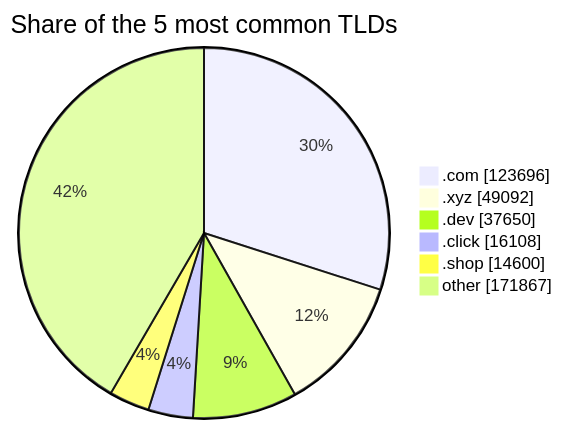
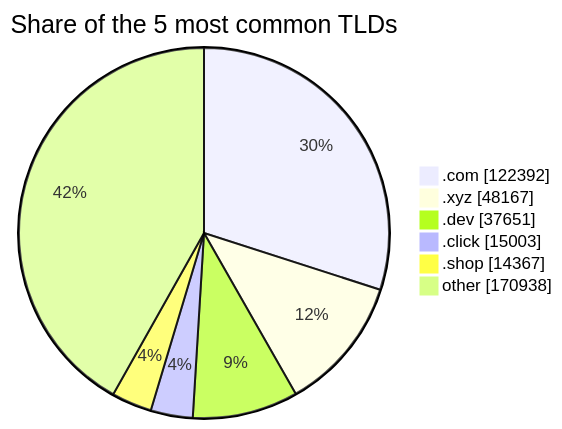
Before and after one commit to DNSBunker/CTI: the third of 3 diagrams in README.md, drawn with Mermaid. The commit also changed other lines of this file and 3 other files, not shown here.

````diff
--- a/README.md
+++ b/README.md
@@ -81,9 +81,9 @@
 ```mermaid
 pie showData title Share of the 5 most common TLDs
-    ".com" : 123696
-    ".xyz" : 49092
-    ".dev" : 37650
-    ".click" : 16108
-    ".shop" : 14600
-    "other" : 171867
+    ".com" : 122392
+    ".xyz" : 48167
+    ".dev" : 37651
+    ".click" : 15003
+    ".shop" : 14367
+    "other" : 170938
 ```
````
